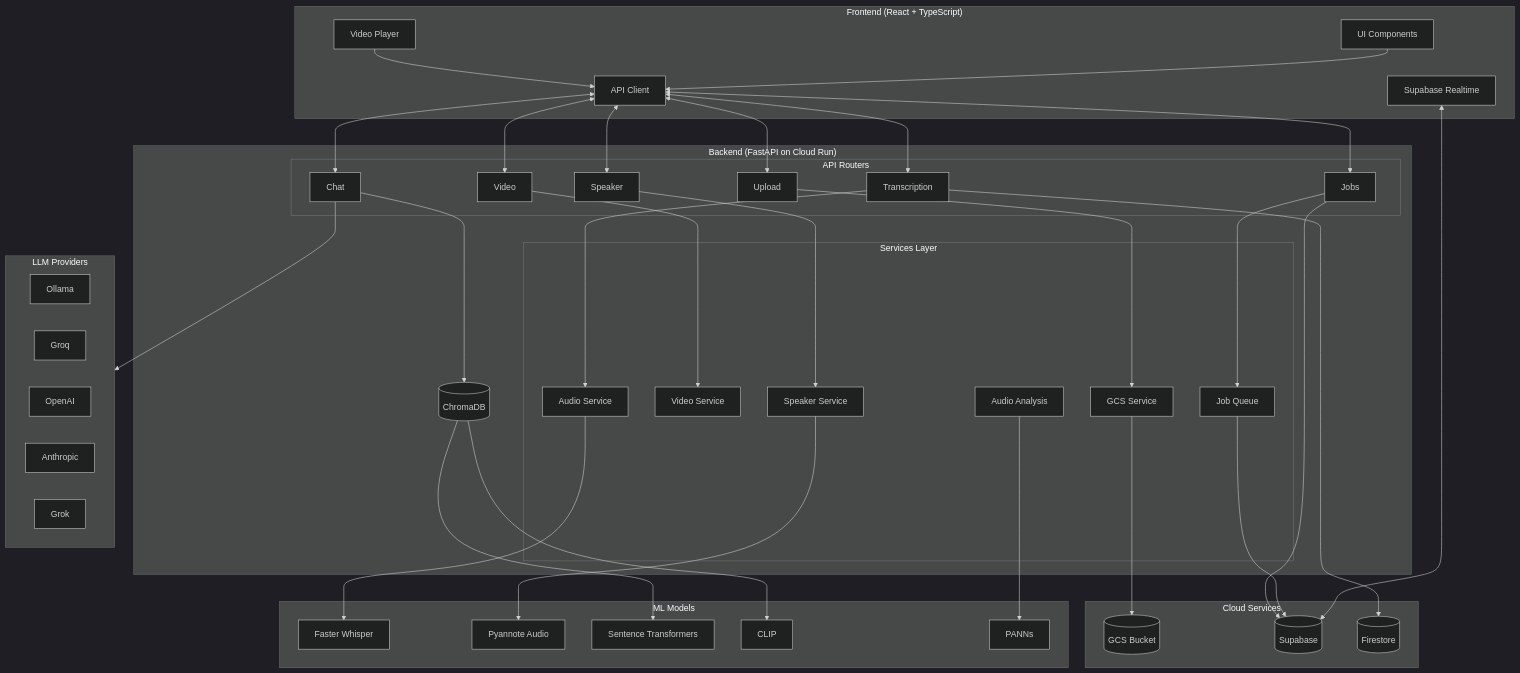
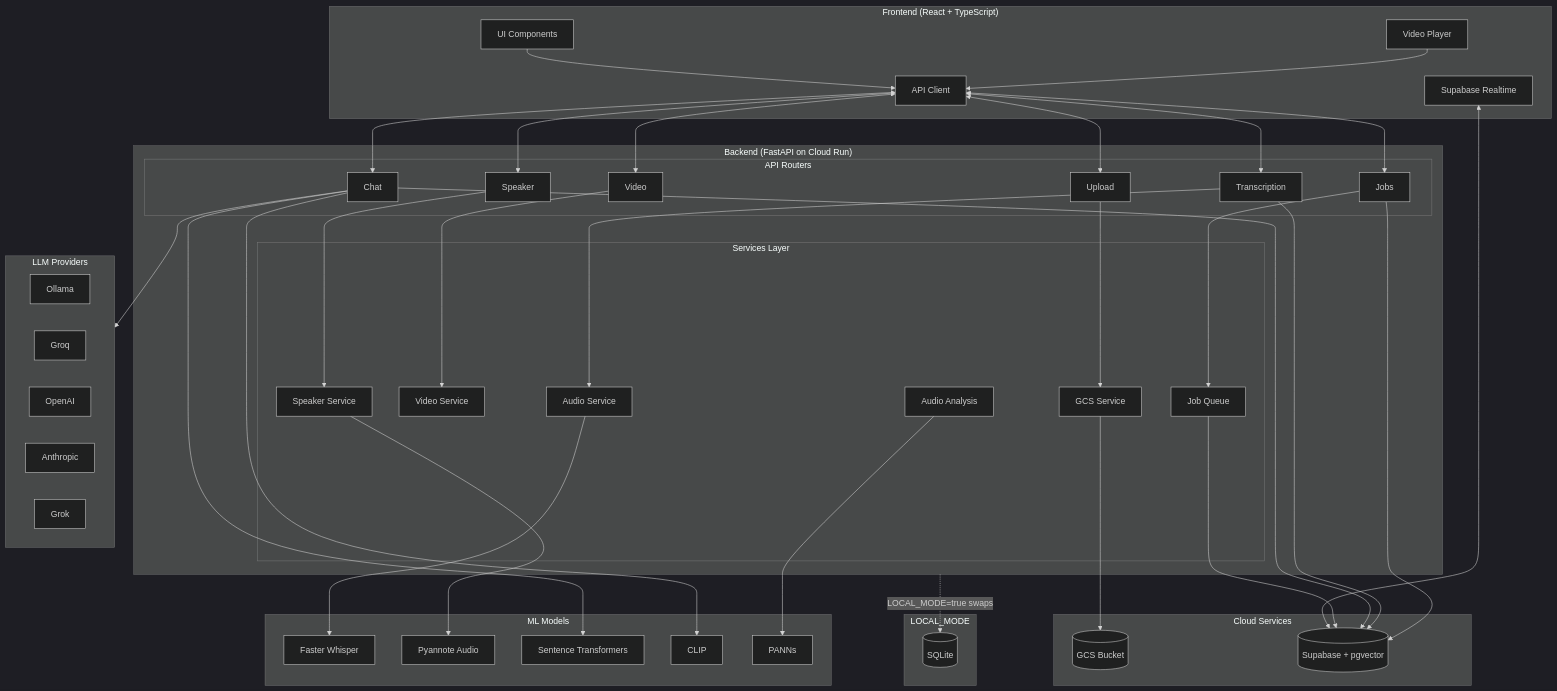
One commit to Ugur22/ai-subtitles changed the first of 4 diagrams in docs/ARCHITECTURE.md. Above: the diagram before and after it, drawn with Mermaid (dark theme). The commit also changed other lines of this file and 9 other files, not shown here.

First line of the commit message:
Remove ChromaDB references and update documentation for Supabase integration

````diff
--- a/docs/ARCHITECTURE.md
+++ b/docs/ARCHITECTURE.md
@@ -7,70 +7,73 @@
 ```mermaid
 flowchart TB
     subgraph Frontend["Frontend (React + TypeScript)"]
         UI[UI Components]
         VP[Video Player]
         API[API Client]
         RT[Supabase Realtime]
     end
 
     subgraph Cloud["Cloud Services"]
         GCS[(GCS Bucket)]
-        SB[(Supabase)]
-        FS[(Firestore)]
+        SB[(Supabase + pgvector)]
+    end
+
+    subgraph Local["LOCAL_MODE"]
+        SQLITE[(SQLite)]
     end
 
     subgraph Backend["Backend (FastAPI on Cloud Run)"]
         subgraph Routers["API Routers"]
             TR[Transcription]
             SR[Speaker]
             CR[Chat]
             VR[Video]
             UR[Upload]
             JR[Jobs]
         end
 
         subgraph Services["Services Layer"]
             AS[Audio Service]
             VS[Video Service]
             SS[Speaker Service]
             GS[GCS Service]
             JS[Job Queue]
             AAS[Audio Analysis]
         end
-
-        VDB[(ChromaDB)]
     end
 
     subgraph ML["ML Models"]
         WH[Faster Whisper]
         PY[Pyannote Audio]
         EMB[Sentence Transformers]
         CL[CLIP]
         PN[PANNs]
     end
 
     subgraph LLM["LLM Providers"]
         OL[Ollama]
         GRQ[Groq]
         OA[OpenAI]
         AN[Anthropic]
         GRK[Grok]
     end
 
     UI --> API
     VP --> API
     RT <--> SB
     API <--> TR & SR & CR & VR & UR & JR
 
     UR --> GS --> GCS
     JR --> JS --> SB
     TR --> AS --> WH
     SR --> SS --> PY
-    CR --> VDB --> EMB & CL
+    CR --> SB
+    CR --> EMB & CL
     CR --> LLM
     VR --> VS
     AAS --> PN
 
-    TR --> FS
+    TR --> SB
     JR --> SB
+    Backend -.LOCAL_MODE=true swaps.-> SQLITE
 ```
````
